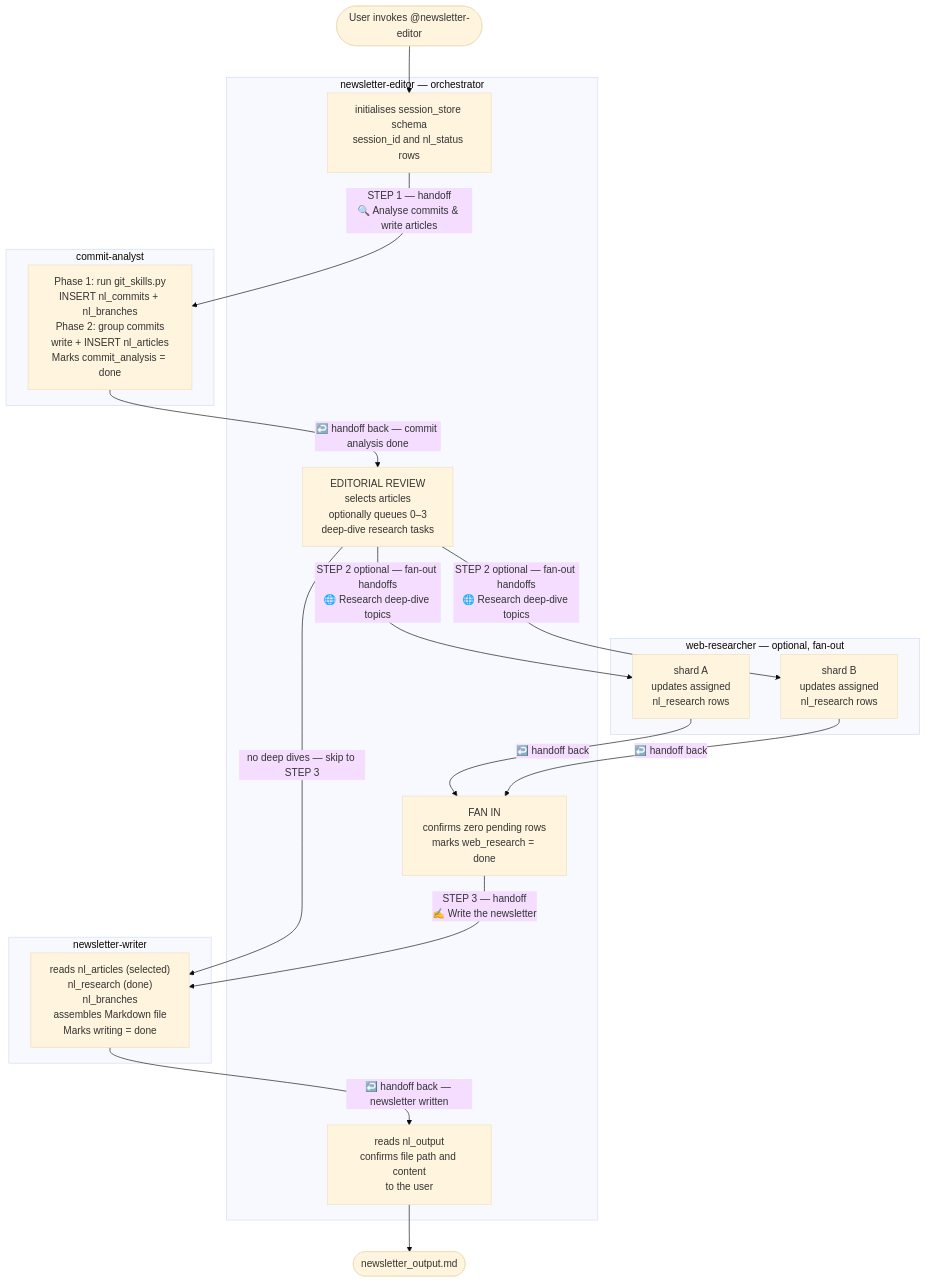
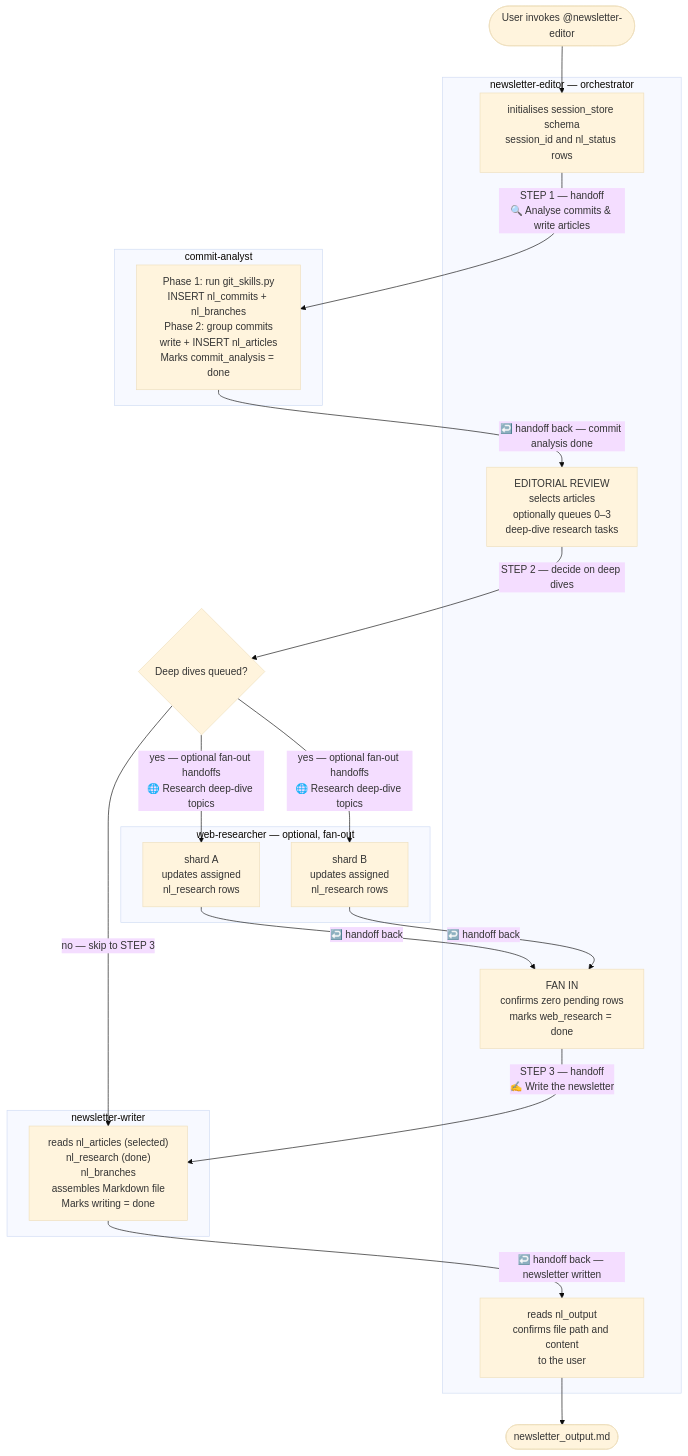
One commit to macintorsten/git-newsletter changed the diagram in .github/agents/FLOW.md. Above: the diagram before and after it, drawn with Mermaid (base theme).

````diff
--- a/.github/agents/FLOW.md
+++ b/.github/agents/FLOW.md
@@ -8,38 +8,39 @@
 ```mermaid
 flowchart TD
     User([User invokes @newsletter-editor])
 
     subgraph editor [newsletter-editor — orchestrator]
         Init["initialises session_store schema\nsession_id and nl_status rows"]
         Editorial["EDITORIAL REVIEW\nselects articles\noptionally queues 0–3\ndeep-dive research tasks"]
         FanIn["FAN IN\nconfirms zero pending rows\nmarks web_research = done"]
         Finalise["reads nl_output\nconfirms file path and content\nto the user"]
     end
 
     subgraph analyst [commit-analyst]
         CommitAnalyst["Phase 1: run git_skills.py\nINSERT nl_commits + nl_branches\nPhase 2: group commits\nwrite + INSERT nl_articles\nMarks commit_analysis = done"]
     end
 
     subgraph research [web-researcher — optional, fan-out]
         ResearchA["shard A\nupdates assigned\nnl_research rows"]
         ResearchB["shard B\nupdates assigned\nnl_research rows"]
     end
 
     subgraph writer [newsletter-writer]
         Writer["reads nl_articles (selected)\nnl_research (done)\nnl_branches\nassembles Markdown file\nMarks writing = done"]
     end
 
     Output([newsletter_output.md])
 
     User --> Init
     Init -->|"STEP 1 — handoff\n🔍 Analyse commits & write articles"| CommitAnalyst
     CommitAnalyst -->|"↩️ handoff back — commit analysis done"| Editorial
-    Editorial -->|"STEP 2 optional — fan-out handoffs\n🌐 Research deep-dive topics"| ResearchA
-    Editorial -->|"STEP 2 optional — fan-out handoffs\n🌐 Research deep-dive topics"| ResearchB
+    Editorial -->|"STEP 2 — decide on deep dives"| DeepDives{"Deep dives queued?"}
+    DeepDives -->|"yes — optional fan-out handoffs\n🌐 Research deep-dive topics"| ResearchA
+    DeepDives -->|"yes — optional fan-out handoffs\n🌐 Research deep-dive topics"| ResearchB
     ResearchA -->|"↩️ handoff back"| FanIn
     ResearchB -->|"↩️ handoff back"| FanIn
-    Editorial -->|"no deep dives — skip to STEP 3"| Writer
+    DeepDives -->|"no — skip to STEP 3"| Writer
     FanIn -->|"STEP 3 — handoff\n✍️ Write the newsletter"| Writer
     Writer -->|"↩️ handoff back — newsletter written"| Finalise
     Finalise --> Output
 ```
````
